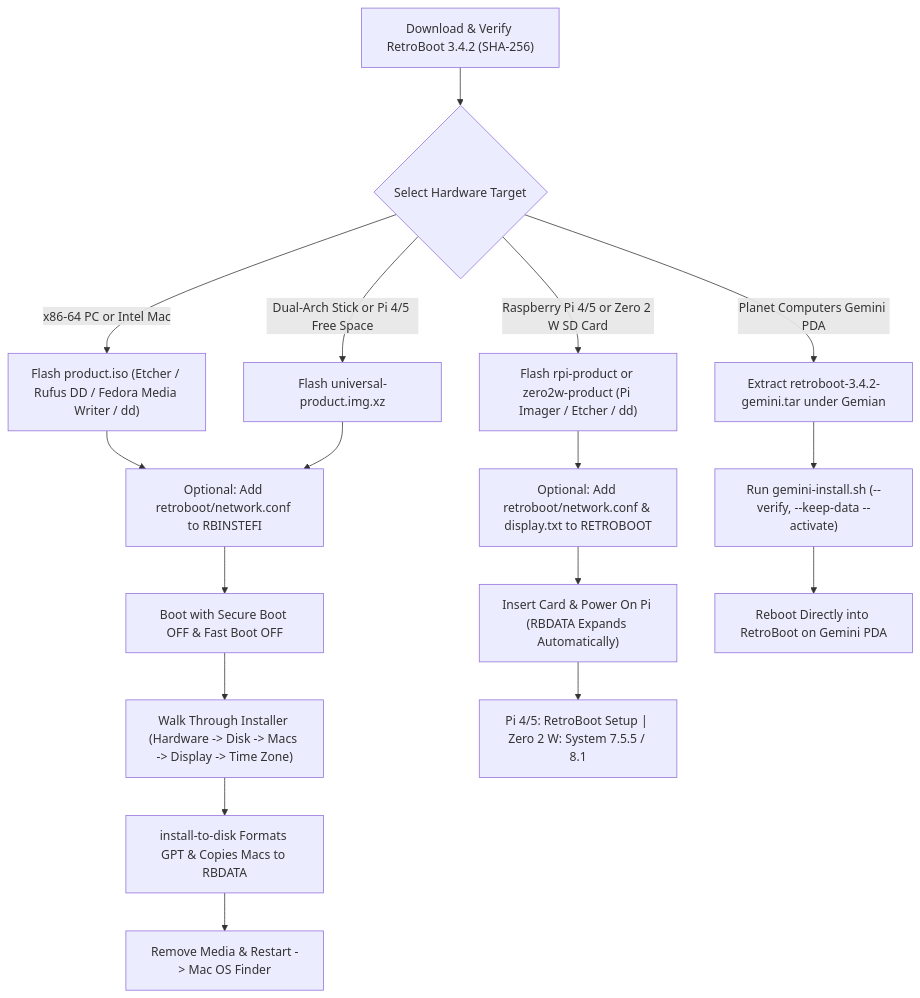
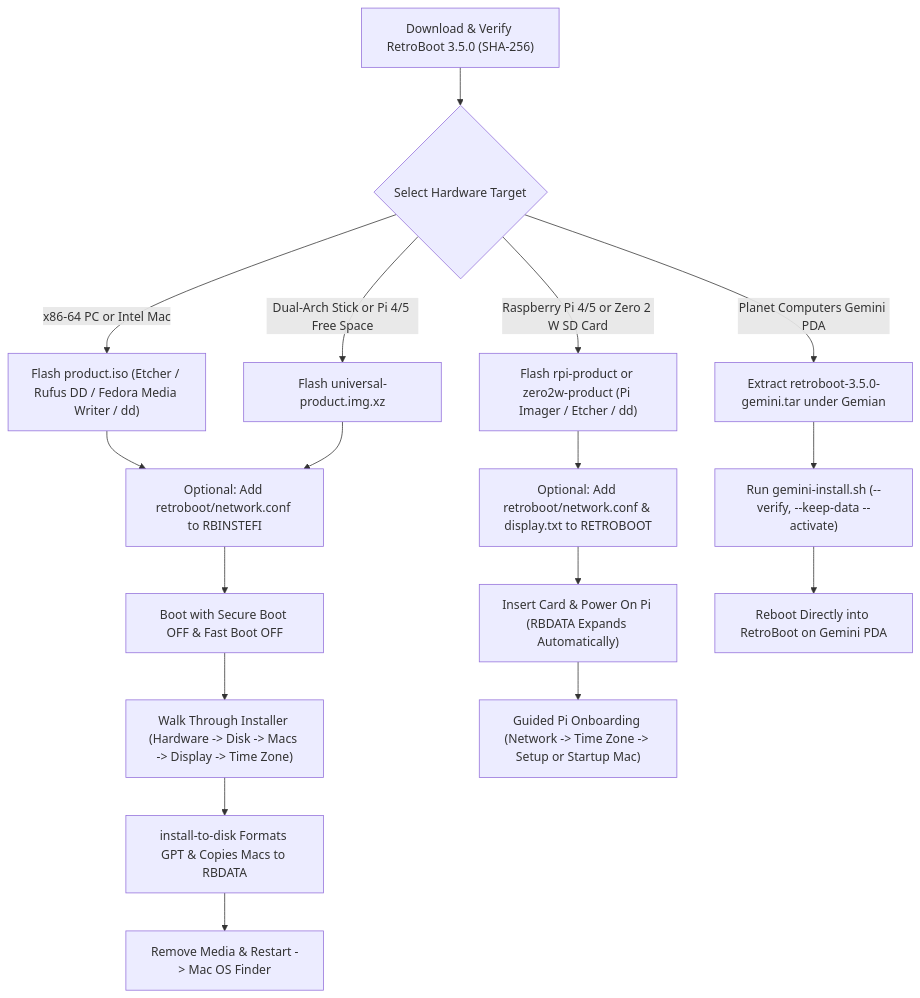
One commit to amcchord/RetroBoot changed the diagram in docs/manual/03-installation.md. Above: the diagram before and after it, drawn with Mermaid. The commit also changed other lines of this file and 81 other files, not shown here.

Commit message:
RetroBoot 3.5.0

````diff
--- a/docs/manual/03-installation.md
+++ b/docs/manual/03-installation.md
@@ -150,24 +150,24 @@
 ```mermaid
 flowchart TD
-    DL["Download & Verify RetroBoot 3.4.2 (SHA-256)"] --> Target{"Select Hardware Target"}
+    DL["Download & Verify RetroBoot 3.5.0 (SHA-256)"] --> Target{"Select Hardware Target"}
 
     Target -->|"x86-64 PC or Intel Mac"| ISO["Flash product.iso (Etcher / Rufus DD / Fedora Media Writer / dd)"]
     Target -->|"Dual-Arch Stick or Pi 4/5 Free Space"| Univ["Flash universal-product.img.xz"]
     Target -->|"Raspberry Pi 4/5 or Zero 2 W SD Card"| PiSD["Flash rpi-product or zero2w-product (Pi Imager / Etcher / dd)"]
-    Target -->|"Planet Computers Gemini PDA"| Gem["Extract retroboot-3.4.2-gemini.tar under Gemian"]
+    Target -->|"Planet Computers Gemini PDA"| Gem["Extract retroboot-3.5.0-gemini.tar under Gemian"]
 
     ISO --> OptWifi["Optional: Add retroboot/network.conf to RBINSTEFI"]
     Univ --> OptWifi
     PiSD --> OptWifiPi["Optional: Add retroboot/network.conf & display.txt to RETROBOOT"]
 
     OptWifi --> BootPC["Boot with Secure Boot OFF & Fast Boot OFF"]
     BootPC --> Walk["Walk Through Installer (Hardware -> Disk -> Macs -> Display -> Time Zone)"]
     Walk --> InstallDisk["install-to-disk Formats GPT & Copies Macs to RBDATA"]
     InstallDisk --> FinderPC["Remove Media & Restart -> Mac OS Finder"]
 
     OptWifiPi --> BootPi["Insert Card & Power On Pi (RBDATA Expands Automatically)"]
-    BootPi --> PiReady["Pi 4/5: RetroBoot Setup | Zero 2 W: System 7.5.5 / 8.1"]
+    BootPi --> PiReady["Guided Pi Onboarding (Network -> Time Zone -> Setup or Startup Mac)"]
 
     Gem --> GemCmd["Run gemini-install.sh (--verify, --keep-data --activate)"]
     GemCmd --> GemBoot["Reboot Directly into RetroBoot on Gemini PDA"]
 ```
````
